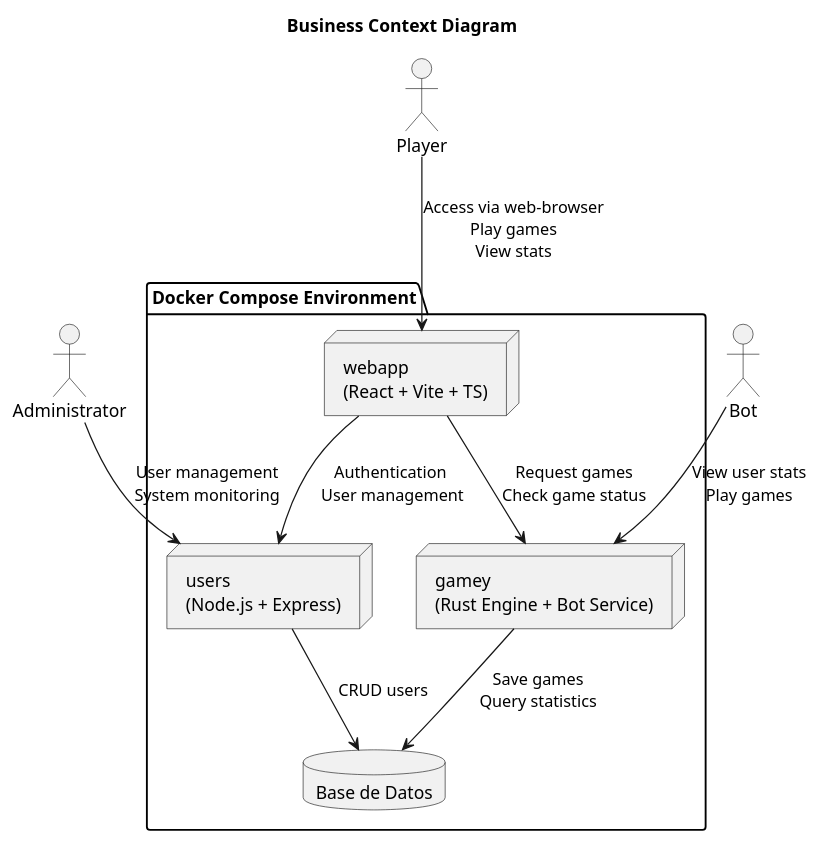
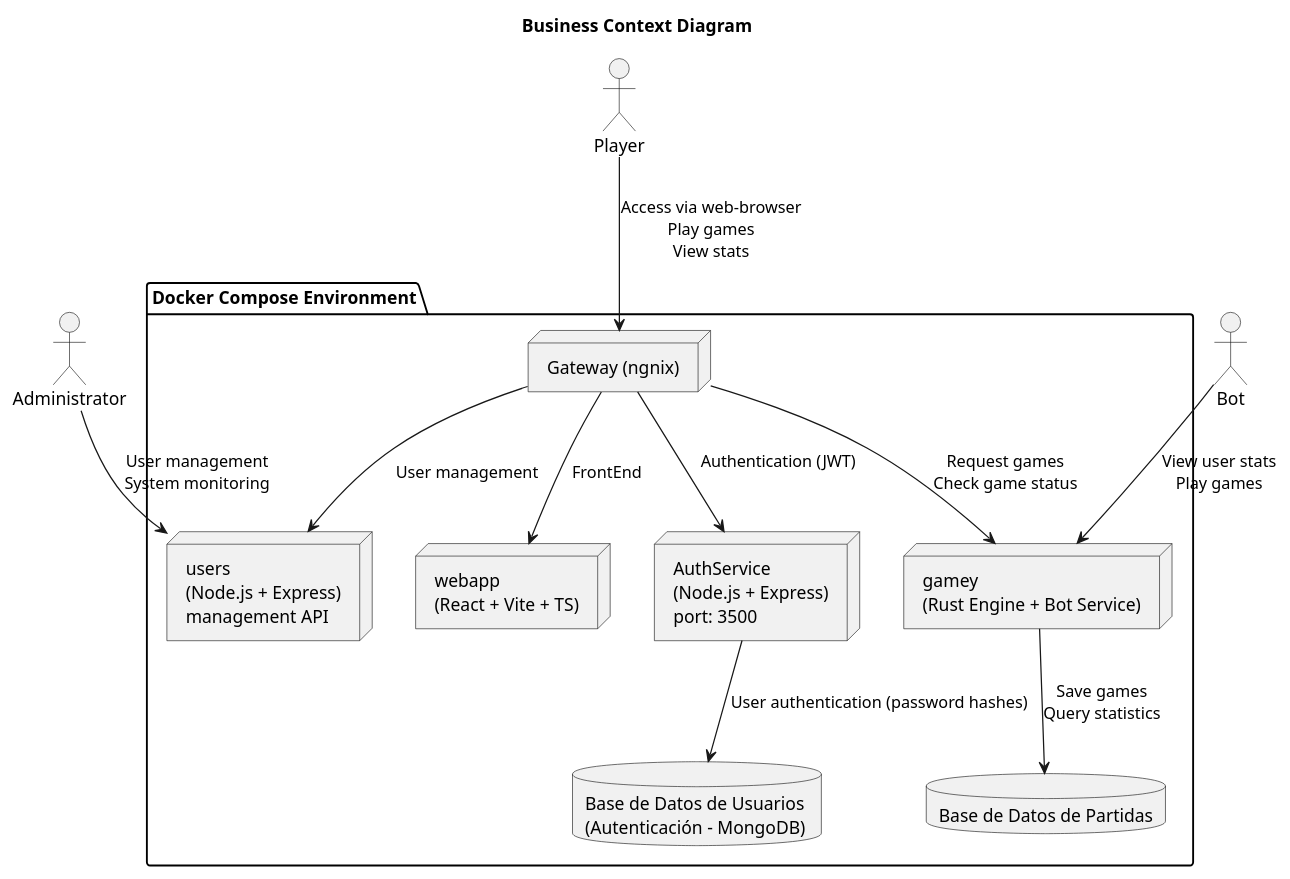
The first of 2 diagrams in docs/src/03_context_and_scope.adoc (Arquisoft/yovi_es4b), drawn with PlantUML before and after one commit. The commit also changed other lines of this file, not shown here.

```diff
--- a/docs/src/03_context_and_scope.adoc
+++ b/docs/src/03_context_and_scope.adoc
@@ -16,28 +16,33 @@
-[plantuml, target=diagram-name, format=png]
+[plantuml, target=business-context-diagram, format=png]
 ----
 @startuml
 title Business Context Diagram
 
 actor Administrator
 actor Player
 actor Bot
 
 package "Docker Compose Environment" {
+    node "Gateway (ngnix)" as Gateway
     node "webapp\n(React + Vite + TS)" as WebApp
-    node "users\n(Node.js + Express)" as Users
+    node "users\n(Node.js + Express)\nmanagement API" as Users
+    node "AuthService\n(Node.js + Express)\nport: 3500" as Auth
     node "gamey\n(Rust Engine + Bot Service)" as Gamey
-    database "Base de Datos" as DB
+    database "Base de Datos de Usuarios \n(Autenticación - MongoDB)" as UserDB
+    database "Base de Datos de Partidas" as GameDB
 }
 
 ' Relaciones de actores
-Player --> WebApp : Access via web-browser\nPlay games\nView stats
+Player --> Gateway : Access via web-browser\nPlay games\nView stats
+Gateway --> WebApp : FrontEnd
 Administrator --> Users : User management\nSystem monitoring
 Bot --> Gamey : View user stats\nPlay games
 
-' Internal services interactions
-WebApp --> Users : Authentication\n User management
-WebApp --> Gamey : Request games\nCheck game status
-Users --> DB : CRUD users
-Gamey --> DB : Save games\nQuery statistics
+ ' Internal services interactions
+Gateway --> Auth : Authentication (JWT)\n
+Gateway --> Users : User management
+Gateway --> Gamey : Request games\nCheck game status
+Auth --> UserDB : User authentication (password hashes)
+Gamey --> GameDB : Save games\nQuery statistics
 @enduml
 ----
```
